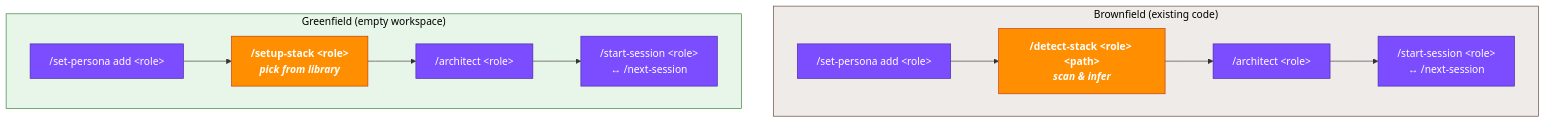
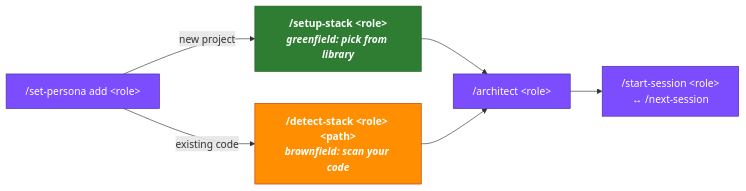
The diagram in materials/diagrams/d07-greenfield-vs-brownfield.mmd (axel-sirota/cursor-course-templates), drawn with Mermaid before and after one commit. The commit also changed 2 other files, not shown here.

Commit message:
fix(intuit): greenfield vs brownfield as one forked flow

```diff
--- a/materials/diagrams/d07-greenfield-vs-brownfield.mmd
+++ b/materials/diagrams/d07-greenfield-vs-brownfield.mmd
@@ -1,23 +1,14 @@
 flowchart LR
-  subgraph G["Greenfield (empty workspace)"]
-    direction LR
-    G1["/set-persona add &lt;role&gt;"] --> G2["/setup-stack &lt;role&gt;<br/><i>pick from library</i>"]
-    G2 --> G3["/architect &lt;role&gt;"] --> G4["/start-session &lt;role&gt;<br/>&harr; /next-session"]
-  end
+  A["/set-persona add &lt;role&gt;"]:::spine
+  G["/setup-stack &lt;role&gt;<br/><i>greenfield: pick from library</i>"]:::green
+  B["/detect-stack &lt;role&gt; &lt;path&gt;<br/><i>brownfield: scan your code</i>"]:::brown
+  C["/architect &lt;role&gt;"]:::spine
+  D["/start-session &lt;role&gt;<br/>&harr; /next-session"]:::spine
 
-  subgraph B["Brownfield (existing code)"]
-    direction LR
-    B1["/set-persona add &lt;role&gt;"] --> B2["/detect-stack &lt;role&gt; &lt;path&gt;<br/><i>scan &amp; infer</i>"]
-    B2 --> B3["/architect &lt;role&gt;"] --> B4["/start-session &lt;role&gt;<br/>&harr; /next-session"]
-  end
+  A -->|new project| G --> C
+  A -->|existing code| B --> C
+  C --> D
 
-  G ~~~ B
-
-  classDef green fill:#e8f5e9,stroke:#2e7d32,color:#000;
-  classDef brown fill:#efebe9,stroke:#5d4037,color:#000;
   classDef spine fill:#7c4dff,stroke:#4527a0,color:#fff;
-  classDef diff fill:#ff8f00,stroke:#bf360c,color:#fff,font-weight:bold;
-  class G green;
-  class B brown;
-  class G1,G3,G4,B1,B3,B4 spine;
-  class G2,B2 diff;
+  classDef green fill:#2e7d32,stroke:#1b5e20,color:#fff,font-weight:bold;
+  classDef brown fill:#ff8f00,stroke:#bf360c,color:#fff,font-weight:bold;
```
